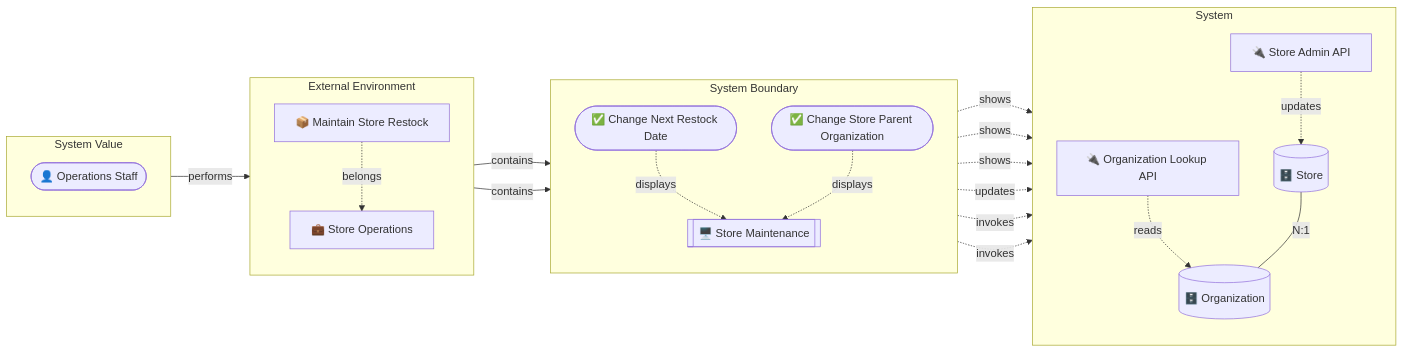
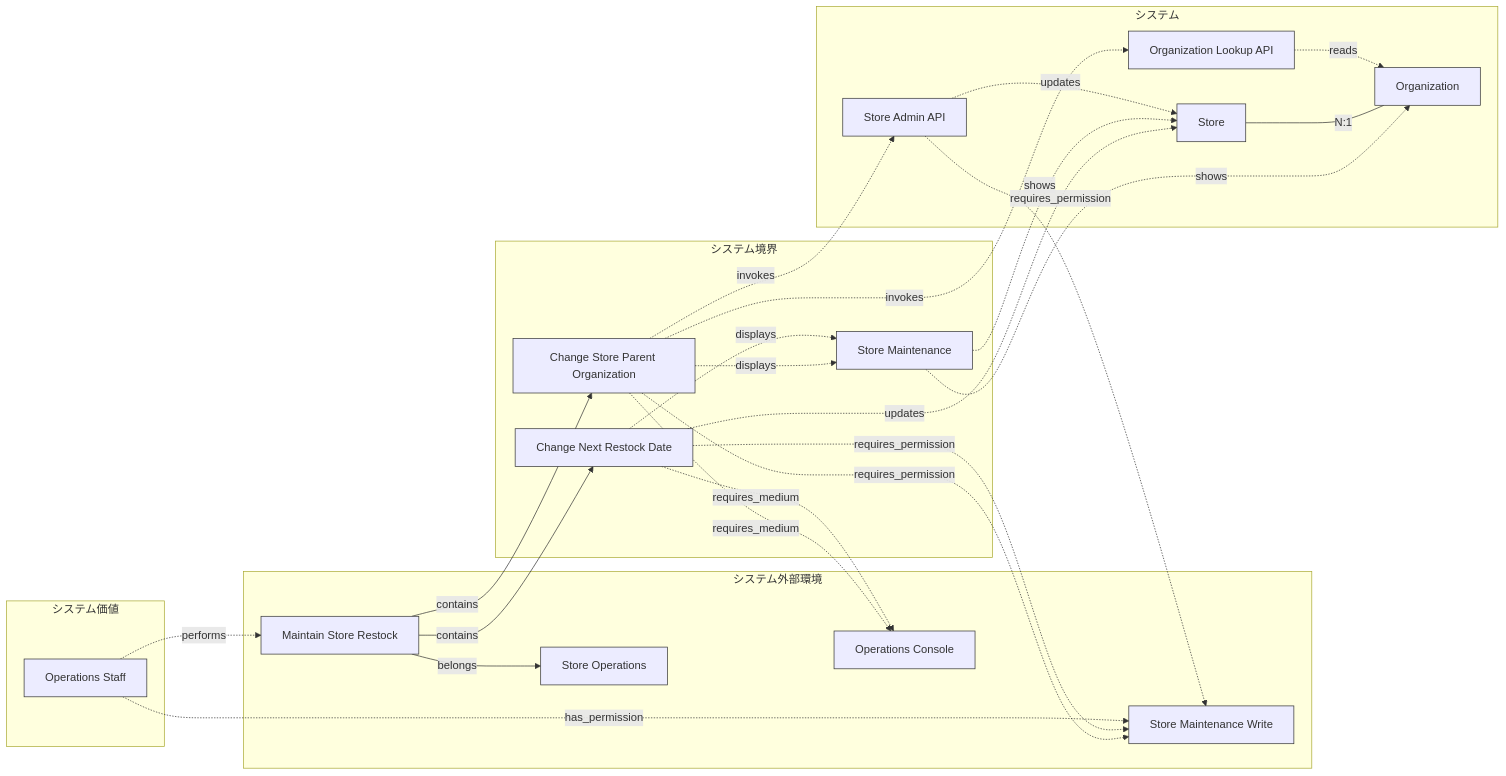
Before and after one commit to manji-0/rdra-ish-dsl: the first of 3 diagrams in samples/incremental-order/step-4-entity-structure/design.md, drawn with Mermaid. The commit also changed 12 other files, not shown here.

First line of the commit message:
docs(samples): refresh the incremental-order step diagrams to the encoding contract

````diff
--- a/samples/incremental-order/step-4-entity-structure/design.md
+++ b/samples/incremental-order/step-4-entity-structure/design.md
@@ -50,40 +50,58 @@
 ```mermaid
+%% rdra-ish diagram=rdra scope=buc:BucStoreRestock model=samples/incremental-order/step-4-entity-structure/src
+%% layers: value=システム価値 environment=システム外部環境 boundary=システム境界 system=システム
+%% kinds: actor business buc medium permission usecase screen api entity
+%% omitted: (none)
 flowchart LR
-  subgraph layer_value[System Value]
-    direction TB
-    OpsStaff(["👤 Operations Staff"])
+  subgraph layer_value["システム価値"]
+    actor__OpsStaff["Operations Staff"]:::actor
   end
-  subgraph layer_environment[External Environment]
-    direction TB
-    StoreOperations["💼 Store Operations"]
-    BucStoreRestock["📦 Maintain Store Restock"]
+  subgraph layer_environment["システム外部環境"]
+    business__StoreOperations["Store Operations"]:::business
+    %% desc business__StoreOperations: Store operations owns restock planning and store master maintenance.
+    buc__BucStoreRestock["Maintain Store Restock"]:::buc
+    %% desc buc__BucStoreRestock: Keep restock dates and store organization assignments operationally correct.
+    medium__OpsConsole["Operations Console"]:::medium
+    permission__StoreMaintenanceWrite["Store Maintenance Write"]:::permission
   end
-  subgraph layer_boundary[System Boundary]
-    direction TB
-    ChangeNextRestockDate(["✅ Change Next Restock Date"])
-    ChangeStoreParentOrganization(["✅ Change Store Parent Organization"])
-    StoreMaintenanceScreen[["🖥️ Store Maintenance"]]
+  subgraph layer_boundary["システム境界"]
+    usecase__ChangeNextRestockDate["Change Next Restock Date"]:::usecase
+    usecase__ChangeStoreParentOrganization["Change Store Parent Organization"]:::usecase
+    screen__StoreMaintenanceScreen["Store Maintenance"]:::screen
   end
-  subgraph layer_system[System]
-    direction TB
-    OrganizationLookupApi["🔌 Organization Lookup API"]
-    StoreAdminApi["🔌 Store Admin API"]
-    Organization[("🗄️ Organization")]
-    Store[("🗄️ Store")]
+  subgraph layer_system["システム"]
+    api__OrganizationLookupApi["Organization Lookup API"]:::api
+    api__StoreAdminApi["Store Admin API"]:::api
+    entity__Organization["Organization"]:::entity
+    entity__Store["Store"]:::entity
   end
-  OpsStaff -->|performs| BucStoreRestock
-  StoreAdminApi -.->|updates| Store
-  OrganizationLookupApi -.->|reads| Organization
-  BucStoreRestock -.->|belongs| StoreOperations
-  BucStoreRestock -->|contains| ChangeNextRestockDate
-  BucStoreRestock -->|contains| ChangeStoreParentOrganization
-  Store ---|N:1| Organization
-  StoreMaintenanceScreen -.->|shows| Store
-  StoreMaintenanceScreen -.->|shows| Store
-  StoreMaintenanceScreen -.->|shows| Organization
-  ChangeNextRestockDate -.->|displays| StoreMaintenanceScreen
-  ChangeNextRestockDate -.->|updates| Store
-  ChangeStoreParentOrganization -.->|displays| StoreMaintenanceScreen
-  ChangeStoreParentOrganization -.->|invokes| StoreAdminApi
-  ChangeStoreParentOrganization -.->|invokes| OrganizationLookupApi
+  actor__OpsStaff -.->|has_permission| permission__StoreMaintenanceWrite
+  actor__OpsStaff -.->|performs| buc__BucStoreRestock
+  api__OrganizationLookupApi -.->|reads| entity__Organization
+  api__StoreAdminApi -.->|requires_permission| permission__StoreMaintenanceWrite
+  api__StoreAdminApi -.->|updates| entity__Store
+  buc__BucStoreRestock -->|belongs| business__StoreOperations
+  buc__BucStoreRestock -->|contains| usecase__ChangeNextRestockDate
+  buc__BucStoreRestock -->|contains| usecase__ChangeStoreParentOrganization
+  entity__Store ---|N:1| entity__Organization
+  screen__StoreMaintenanceScreen -.->|shows| entity__Organization
+  screen__StoreMaintenanceScreen -.->|shows| entity__Store
+  usecase__ChangeNextRestockDate -.->|displays| screen__StoreMaintenanceScreen
+  usecase__ChangeNextRestockDate -.->|requires_medium| medium__OpsConsole
+  usecase__ChangeNextRestockDate -.->|requires_permission| permission__StoreMaintenanceWrite
+  usecase__ChangeNextRestockDate -.->|updates| entity__Store
+  usecase__ChangeStoreParentOrganization -.->|displays| screen__StoreMaintenanceScreen
+  usecase__ChangeStoreParentOrganization -.->|invokes| api__OrganizationLookupApi
+  usecase__ChangeStoreParentOrganization -.->|invokes| api__StoreAdminApi
+  usecase__ChangeStoreParentOrganization -.->|requires_medium| medium__OpsConsole
+  usecase__ChangeStoreParentOrganization -.->|requires_permission| permission__StoreMaintenanceWrite
+  classDef actor stroke:#333;
+  classDef business stroke:#333;
+  classDef buc stroke:#333;
+  classDef medium stroke:#333;
+  classDef permission stroke:#333;
+  classDef usecase stroke:#333;
+  classDef screen stroke:#333;
+  classDef api stroke:#333;
+  classDef entity stroke:#333;
 ```
````
